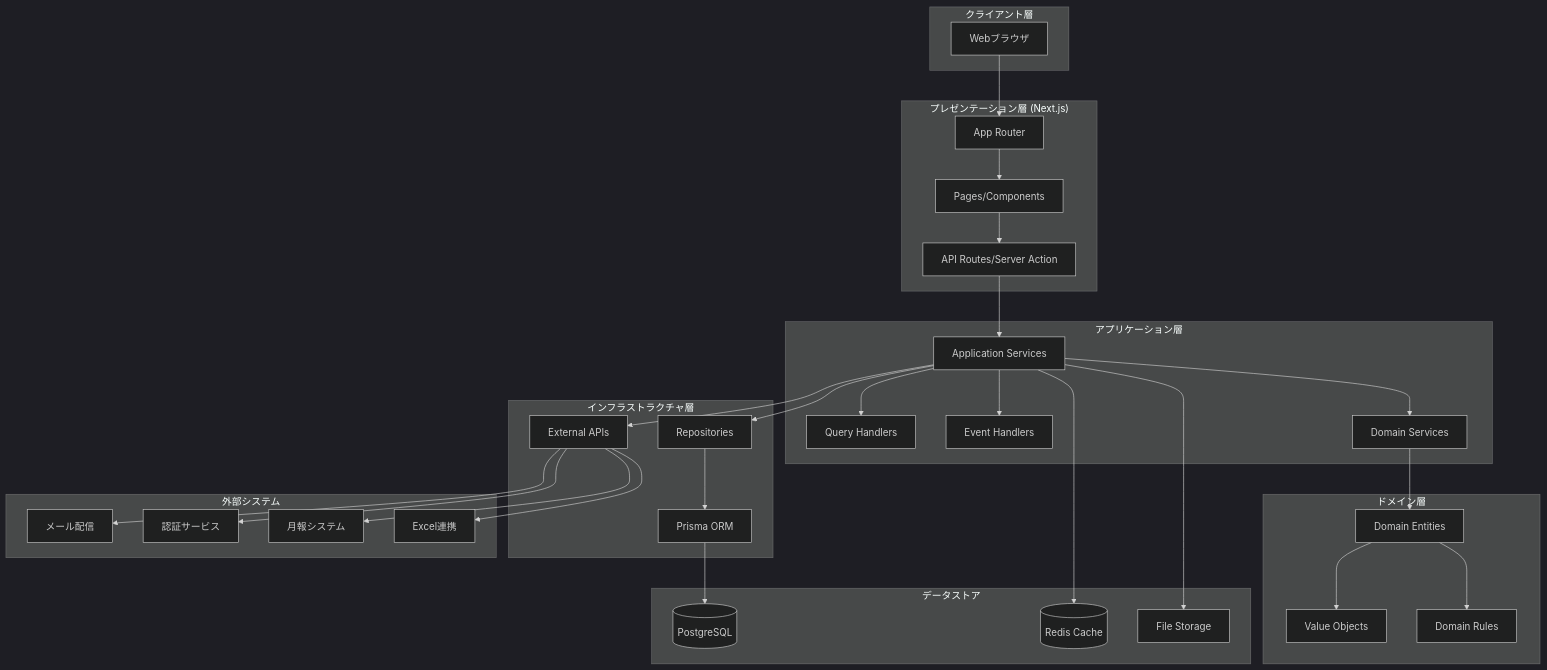
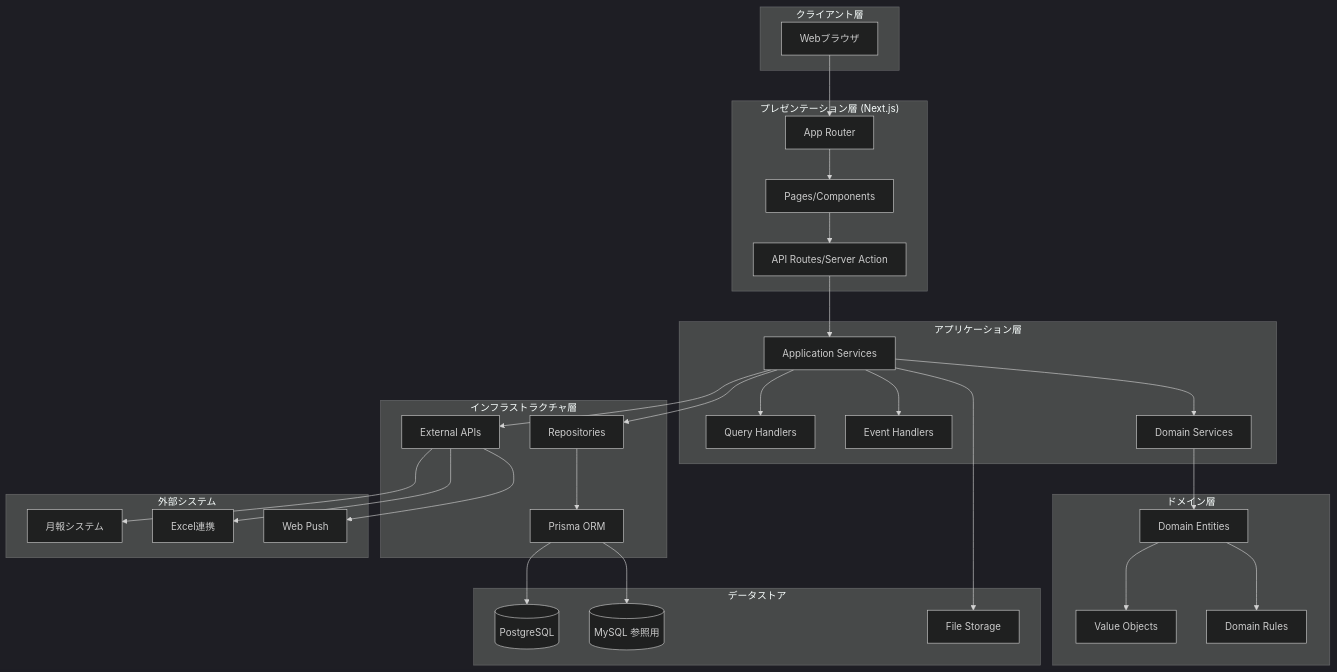
Before and after one commit to yasudaProduct/project-managed-app: the first of 12 diagrams in docs/07-system-architecture.md, drawn with Mermaid (dark theme). The commit also changed other lines of this file and 5 other files, not shown here.

````diff
--- a/docs/07-system-architecture.md
+++ b/docs/07-system-architecture.md
@@ -5,65 +5,63 @@
 ```mermaid
 graph TB
     subgraph "クライアント層"
         Browser[Webブラウザ]
     end
 
     subgraph "プレゼンテーション層 (Next.js)"
         AppRouter[App Router]
         Pages[Pages/Components]
         API[API Routes/Server Action]
     end
 
     subgraph "アプリケーション層"
         AS[Application Services]
         QH[Query Handlers]
         EH[Event Handlers]
         DS[Domain Services]
     end
 
     subgraph "ドメイン層"
         DE[Domain Entities]
         VO[Value Objects]
         DR[Domain Rules]
     end
 
     subgraph "インフラストラクチャ層"
         Repos[Repositories]
         Prisma[Prisma ORM]
         ExtAPI[External APIs]
     end
 
     subgraph "データストア"
         PostgreSQL[(PostgreSQL)]
-        Redis[(Redis Cache)]
+        MySQL[(MySQL 参照用)]
         FileStorage[File Storage]
     end
 
     subgraph "外部システム"
-        Email[メール配信]
-        Auth[認証サービス]
         Geppo[月報システム]
         Excel[Excel連携]
+        Push[Web Push]
     end
 
     Browser --> AppRouter
     AppRouter --> Pages
     Pages --> API
     API --> AS
     AS --> QH
     AS --> EH
     AS --> DS
     DS --> DE
     DE --> VO
     DE --> DR
     AS --> Repos
     Repos --> Prisma
     Prisma --> PostgreSQL
-    AS --> Redis
+    Prisma --> MySQL
     AS --> ExtAPI
-    ExtAPI --> Email
-    ExtAPI --> Auth
     ExtAPI --> Geppo
     ExtAPI --> Excel
+    ExtAPI --> Push
     AS --> FileStorage
 ```
````
